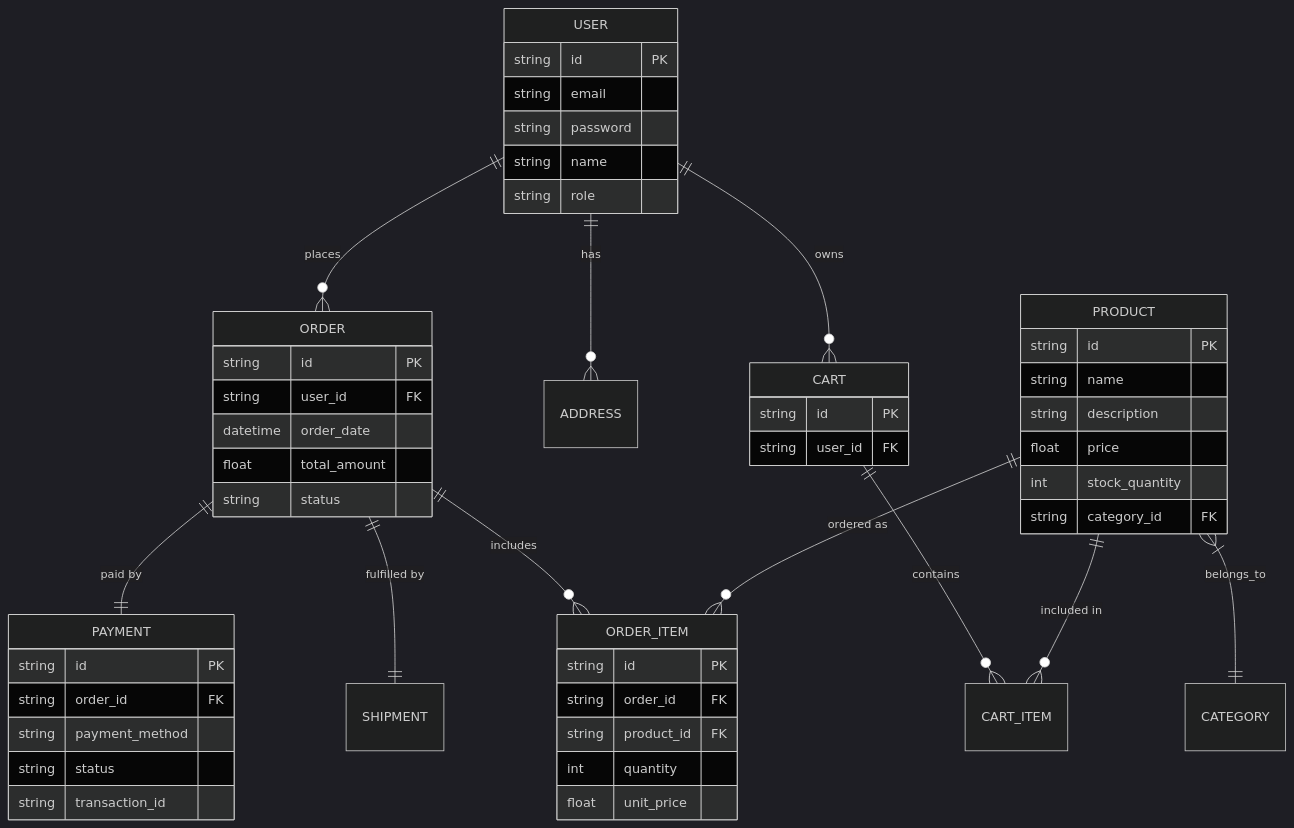
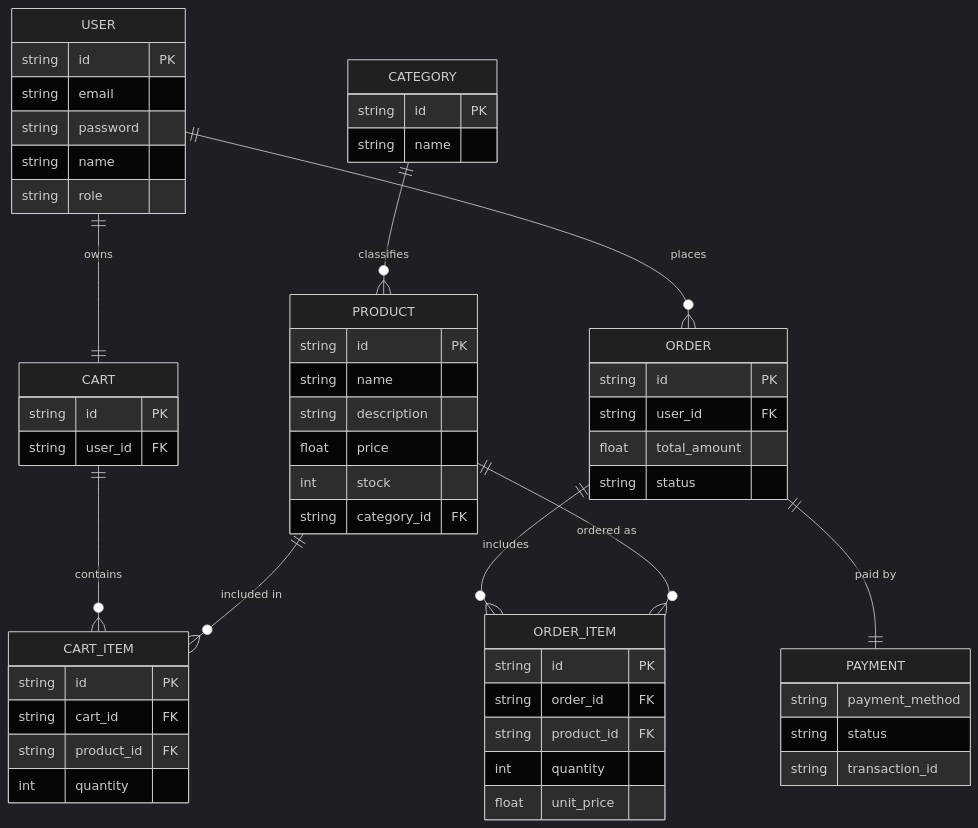
One commit to NssGourav/Shops-Smart changed the diagram in docs/diagrams/ER_Diagram.md. Above: the diagram before and after it, drawn with Mermaid (dark theme). The commit also changed 4 other files, not shown here.

````diff
--- a/docs/diagrams/ER_Diagram.md
+++ b/docs/diagrams/ER_Diagram.md
@@ -8,62 +8,67 @@
 ```mermaid
 erDiagram
+    USER ||--|| CART : owns
     USER ||--o{ ORDER : places
-    USER ||--o{ ADDRESS : has
-    USER ||--o{ CART : owns
+    CATEGORY ||--o{ PRODUCT : classifies
+    CART ||--o{ CART_ITEM : contains
+    ORDER ||--o{ ORDER_ITEM : includes
     
     PRODUCT ||--o{ CART_ITEM : "included in"
     PRODUCT ||--o{ ORDER_ITEM : "ordered as"
-    PRODUCT }|--|| CATEGORY : belongs_to
-    
-    CART ||--o{ CART_ITEM : contains
-    
-    ORDER ||--o{ ORDER_ITEM : includes
     ORDER ||--|| PAYMENT : "paid by"
-    ORDER ||--|| SHIPMENT : "fulfilled by"
 
     USER {
         string id PK
         string email
         string password
         string name
         string role
     }
 
     PRODUCT {
         string id PK
         string name
         string description
         float price
-        int stock_quantity
+        int stock
         string category_id FK
+    }
+
+    CATEGORY {
+        string id PK
+        string name
     }
 
     ORDER {
         string id PK
         string user_id FK
-        datetime order_date
         float total_amount
         string status
     }
 
     ORDER_ITEM {
         string id PK
         string order_id FK
         string product_id FK
         int quantity
         float unit_price
     }
 
     CART {
         string id PK
         string user_id FK
     }
 
+    CART_ITEM {
+        string id PK
+        string cart_id FK
+        string product_id FK
+        int quantity
+    }
+
     PAYMENT {
-        string id PK
-        string order_id FK
         string payment_method
         string status
         string transaction_id
     }
 ```
````
